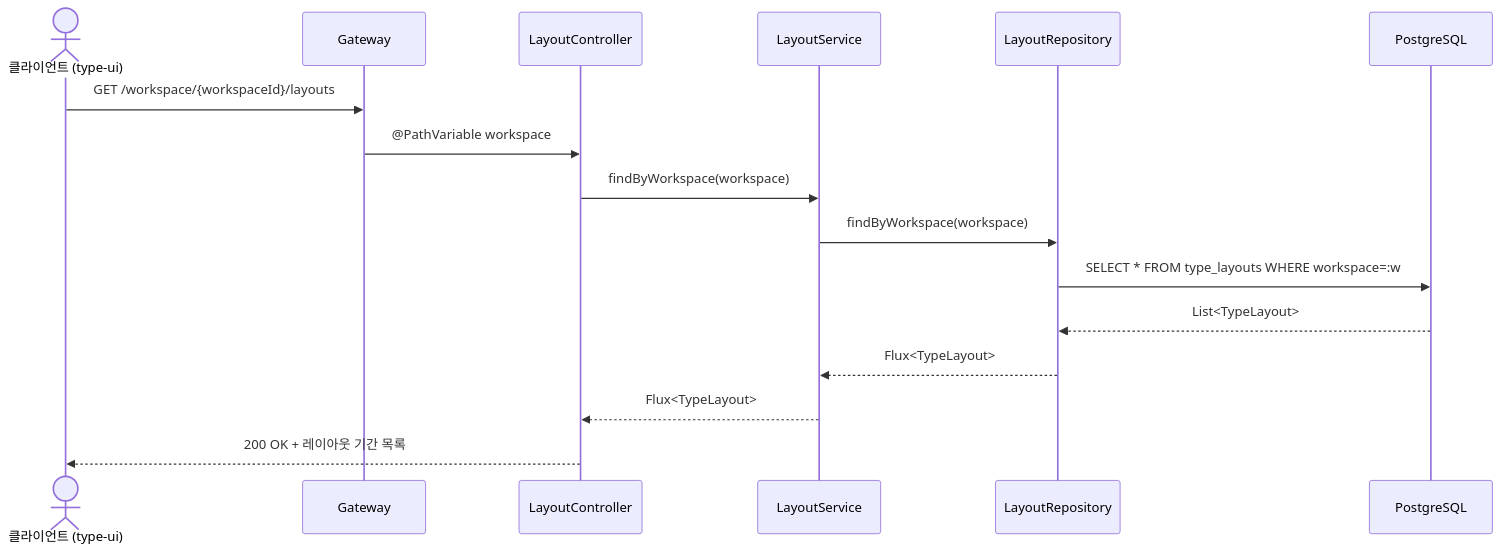
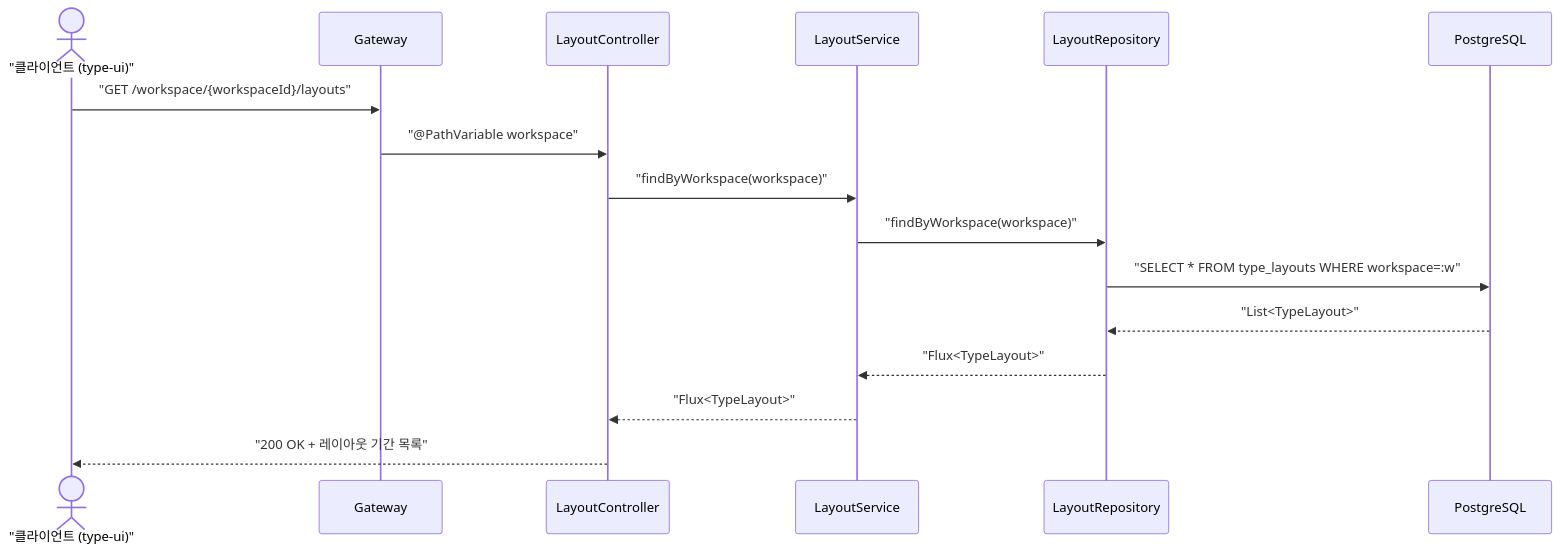
The second of 3 diagrams in search-type/USECASE.md (sayaya1090/handbook), drawn with Mermaid before and after one commit. The commit also changed other lines of this file and 22 other files, not shown here.

First line of the commit message:
docs: Mermaid 다이어그램 렌더링 오류 수정을 위한 구문 전수 교정

````diff
--- a/search-type/USECASE.md
+++ b/search-type/USECASE.md
@@ -34,19 +34,19 @@
 ```mermaid
 sequenceDiagram
-    actor Client as 클라이언트 (type-ui)
+    actor Client as "클라이언트 (type-ui)"
     participant GW as Gateway
     participant Ctrl as LayoutController
     participant Svc as LayoutService
     participant Repo as LayoutRepository
     participant DB as PostgreSQL
 
-    Client->>GW: GET /workspace/{workspaceId}/layouts
-    GW->>Ctrl: @PathVariable workspace
-    Ctrl->>Svc: findByWorkspace(workspace)
-    Svc->>Repo: findByWorkspace(workspace)
-    Repo->>DB: SELECT * FROM type_layouts WHERE workspace=:w
-    DB-->>Repo: List<TypeLayout>
-    Repo-->>Svc: Flux<TypeLayout>
-    Svc-->>Ctrl: Flux<TypeLayout>
-    Ctrl-->>Client: 200 OK + 레이아웃 기간 목록
+    Client->>GW: "GET /workspace/{workspaceId}/layouts"
+    GW->>Ctrl: "@PathVariable workspace"
+    Ctrl->>Svc: "findByWorkspace(workspace)"
+    Svc->>Repo: "findByWorkspace(workspace)"
+    Repo->>DB: "SELECT * FROM type_layouts WHERE workspace=:w"
+    DB-->>Repo: "List<TypeLayout>"
+    Repo-->>Svc: "Flux<TypeLayout>"
+    Svc-->>Ctrl: "Flux<TypeLayout>"
+    Ctrl-->>Client: "200 OK + 레이아웃 기간 목록"
 ```
````
